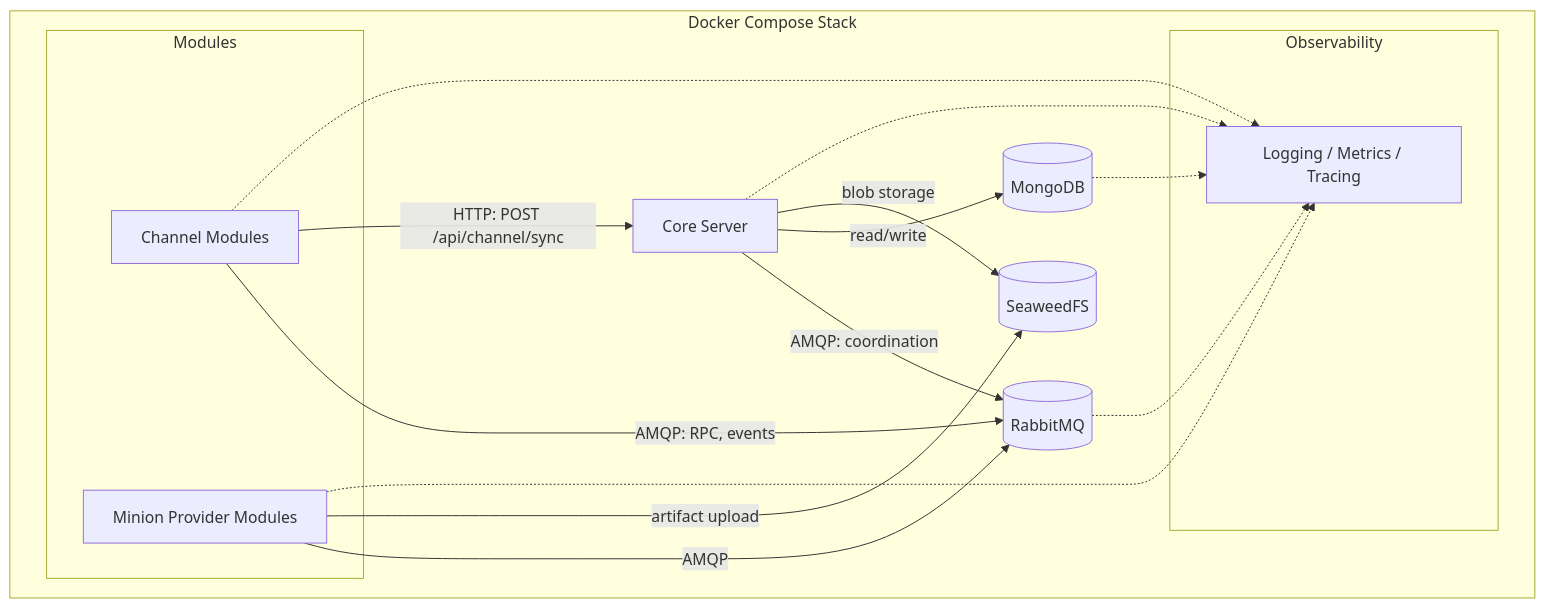
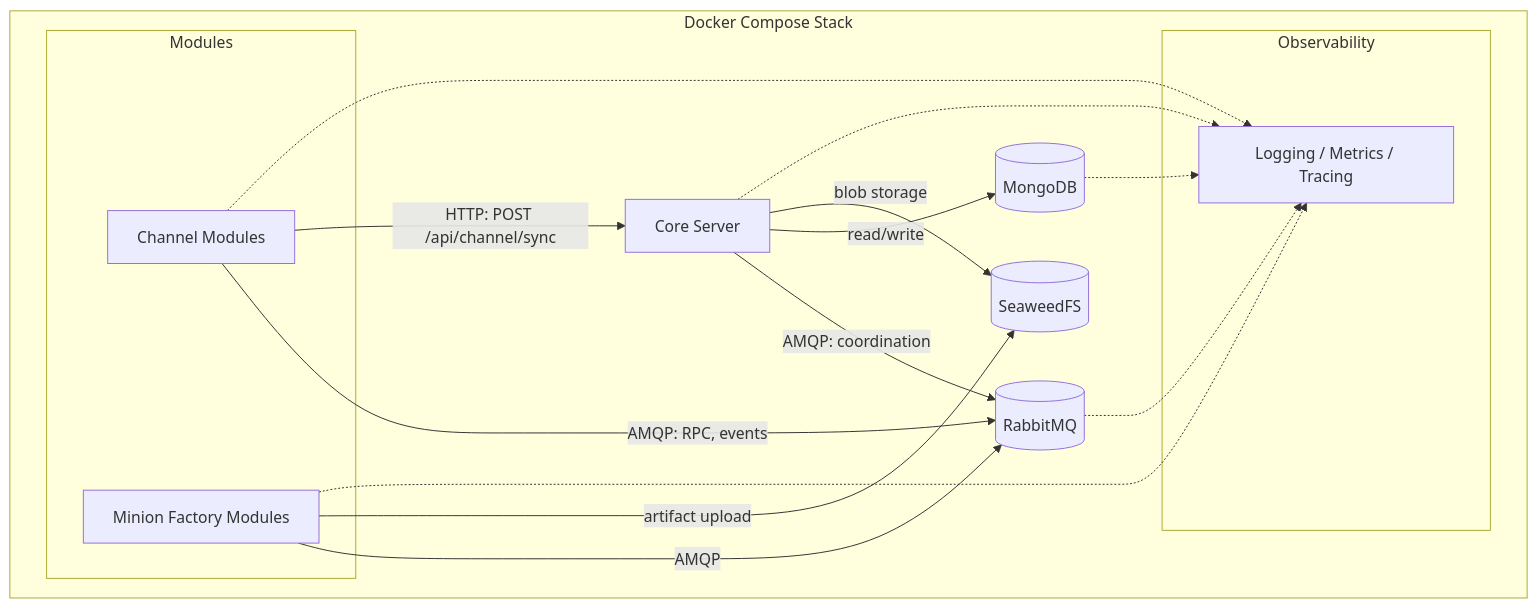
One commit to vibe-c2/vibe-c2-docs changed the diagram in src/content/docs/core-infrastructure.md. Above: the diagram before and after it, drawn with Mermaid. The commit also changed other lines of this file and 6 other files, not shown here.

Commit message:
docs: rename "minion provider" to "minion factory"

````diff
--- a/src/content/docs/core-infrastructure.md
+++ b/src/content/docs/core-infrastructure.md
@@ -11,34 +11,34 @@
 ```mermaid
 graph TD
     subgraph compose["Docker Compose Stack"]
         CS[Core Server]
         RMQ[(RabbitMQ)]
         DB[(MongoDB)]
         SFS[(SeaweedFS)]
 
         subgraph modules["Modules"]
             CH[Channel Modules]
-            IP[Minion Provider Modules]
+            IP[Minion Factory Modules]
         end
 
         subgraph obs["Observability"]
             OBS[Logging / Metrics / Tracing]
         end
     end
 
     CH -- "AMQP: RPC, events" --> RMQ
     IP -- "AMQP" --> RMQ
     CS -- "AMQP: coordination" --> RMQ
 
     CH -- "HTTP: POST /api/channel/sync" --> CS
 
     CS -- "read/write" --> DB
     CS -- "blob storage" --> SFS
     IP -- "artifact upload" --> SFS
 
     CS -.-> OBS
     CH -.-> OBS
     IP -.-> OBS
     RMQ -.-> OBS
     DB -.-> OBS
 ```
````
